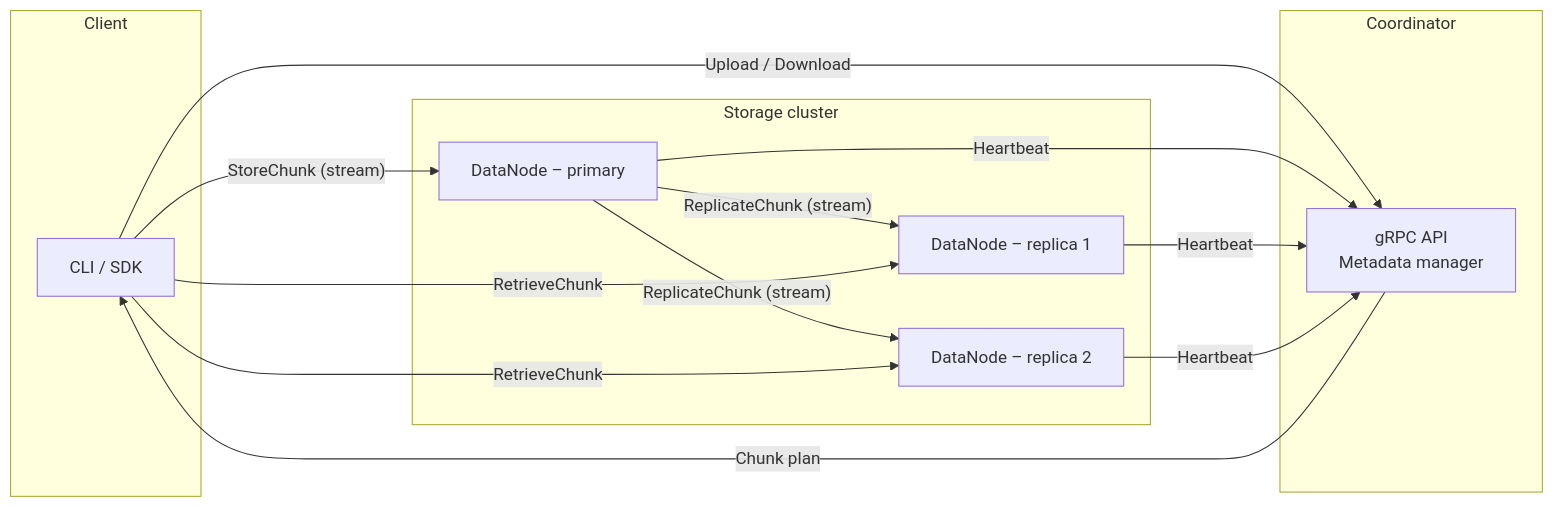
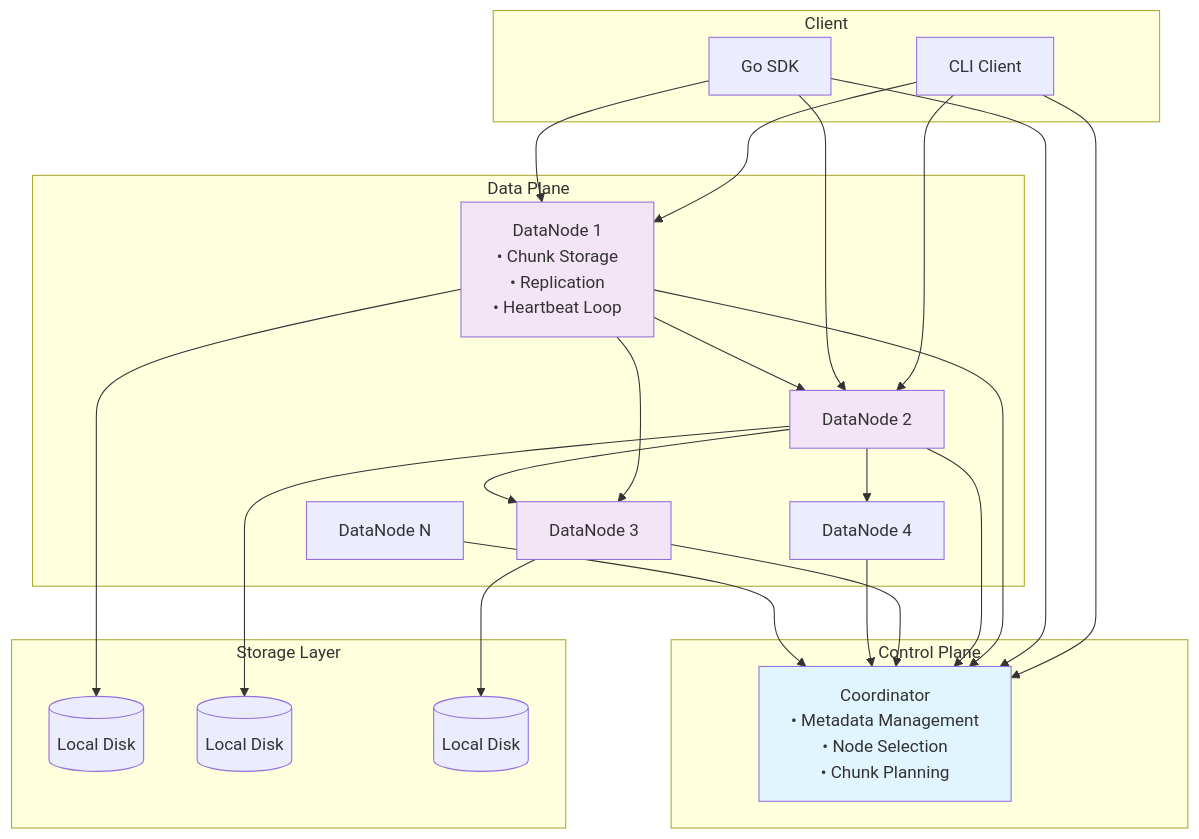
The first of 12 diagrams in docs/design.md (mochivi/distributed-file-system), drawn with Mermaid before and after one commit. The commit also changed other lines of this file and 3 other files, not shown here.

````diff
--- a/docs/design.md
+++ b/docs/design.md
@@ -5,35 +21,52 @@
 ```mermaid
-flowchart LR
+flowchart TB
     subgraph "Client"
-        A["CLI / SDK"]
+        CLI["CLI Client"]
+        SDK["Go SDK"]
     end
 
-    subgraph "Coordinator"
-        C1["gRPC API<br/>Metadata manager"]
+    subgraph "Control Plane"
+        COORD["Coordinator<br/>• Metadata Management<br/>• Node Selection<br/>• Chunk Planning"]
     end
 
-    subgraph "Storage cluster"
-        DN1["DataNode – primary"]
-        DN2["DataNode – replica 1"]
-        DN3["DataNode – replica 2"]
+    subgraph "Data Plane"
+        DN1["DataNode 1<br/>• Chunk Storage<br/>• Replication<br/>• Heartbeat Loop"]
+        DN2["DataNode 2"]
+        DN3["DataNode 3"]
+        DN4["DataNode 4"]
+        DNn["DataNode N"]
     end
 
-    A -- "Upload / Download" --> C1
-    C1 -- "Chunk plan" --> A
+    subgraph "Storage Layer"
+        DISK1[("Local Disk")]
+        DISK2[("Local Disk")]
+        DISK3[("Local Disk")]
+    end
 
-    %% Client writes chunk to primary
-    A -- "StoreChunk (stream)" --> DN1
+    CLI --> COORD
+    SDK --> COORD
+    CLI --> DN1
+    SDK --> DN1
+    CLI --> DN2
+    SDK --> DN2
 
-    %% Primary replicates chunk via streaming gRPC
-    DN1 -- "ReplicateChunk (stream)" --> DN2
-    DN1 -- "ReplicateChunk (stream)" --> DN3
+    DN1 --> DN2
+    DN1 --> DN3
+    DN2 --> DN3
+    DN2 --> DN4
 
-    %% Reads can hit any replica
-    A -- "RetrieveChunk" --> DN2
-    A -- "RetrieveChunk" --> DN3
+    DN1 --> DISK1
+    DN2 --> DISK2
+    DN3 --> DISK3
 
-    %% Health-checks
-    DN1 -- "Heartbeat" --> C1
-    DN2 -- "Heartbeat" --> C1
-    DN3 -- "Heartbeat" --> C1
+    DN1 --> COORD
+    DN2 --> COORD
+    DN3 --> COORD
+    DN4 --> COORD
+    DNn --> COORD
+
+    style COORD fill:#e1f5fe
+    style DN1 fill:#f3e5f5
+    style DN2 fill:#f3e5f5
+    style DN3 fill:#f3e5f5
 ```
````
